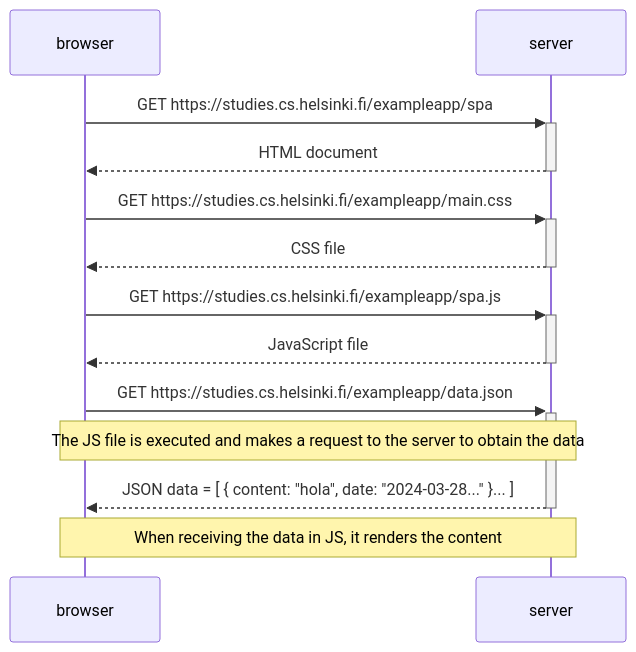
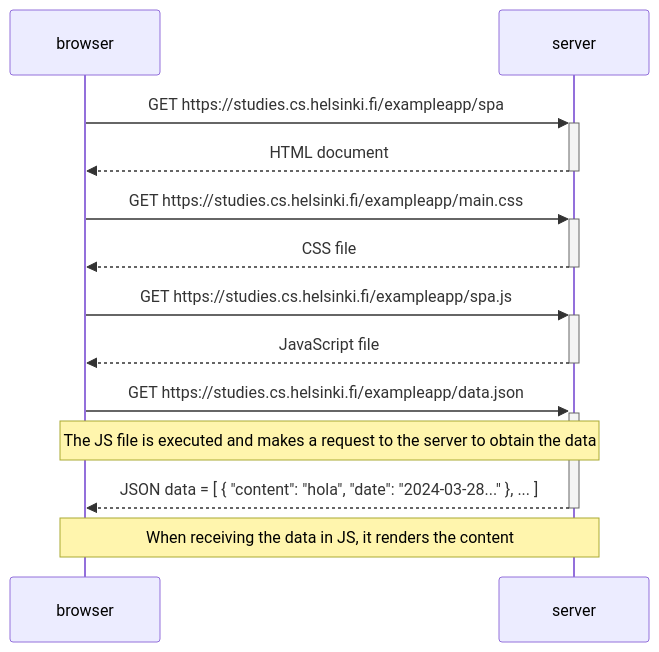
Before and after one commit to dagamdev/fullstackopen-course: the diagram in part0/0.5/README.md, drawn with Mermaid.

Commit message:
Change JSON data

````diff
--- a/part0/0.5/README.md
+++ b/part0/0.5/README.md
@@ -7,16 +7,16 @@
 ```mermaid
 sequenceDiagram
 browser->>+server: GET https://studies.cs.helsinki.fi/exampleapp/spa
 server-->>-browser: HTML document
 
 browser->>+server: GET https://studies.cs.helsinki.fi/exampleapp/main.css
 server-->>-browser: CSS file
 
 browser->>+server: GET https://studies.cs.helsinki.fi/exampleapp/spa.js
 server-->>-browser: JavaScript file
 
 browser->>+server: GET https://studies.cs.helsinki.fi/exampleapp/data.json
 Note over browser, server: The JS file is executed and makes a request to the server to obtain the data
-server-->>-browser: JSON data = [ { content: "hola", date: "2024-03-28..." }... ]
+server-->>-browser: JSON data = [ { "content": "hola", "date": "2024-03-28..." }, ... ]
 Note over server, browser: When receiving the data in JS, it renders the content
 ```
````
